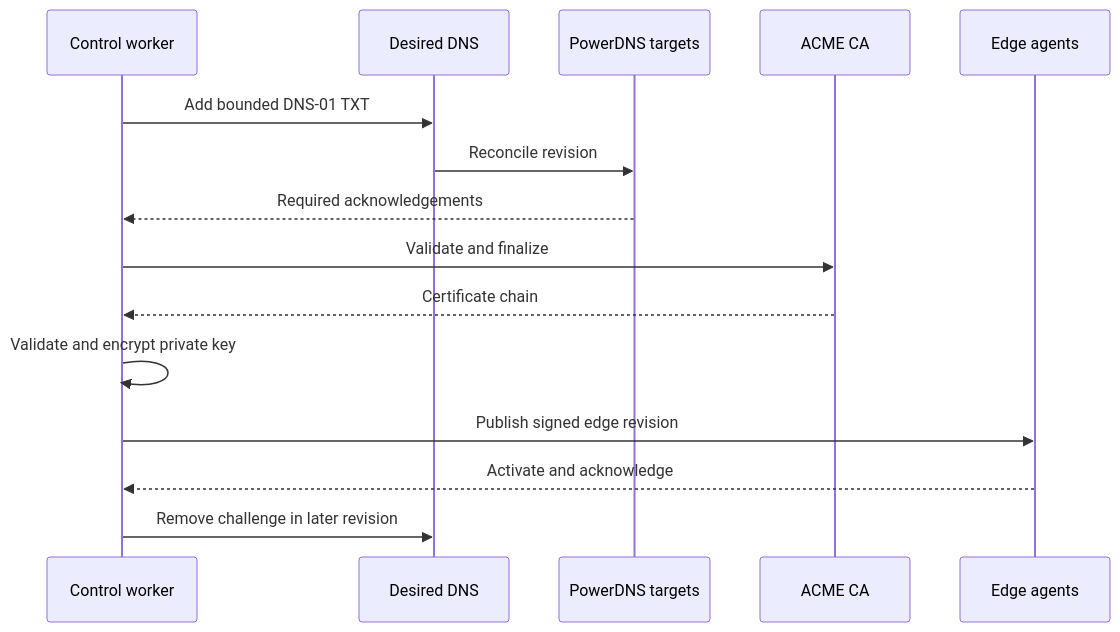
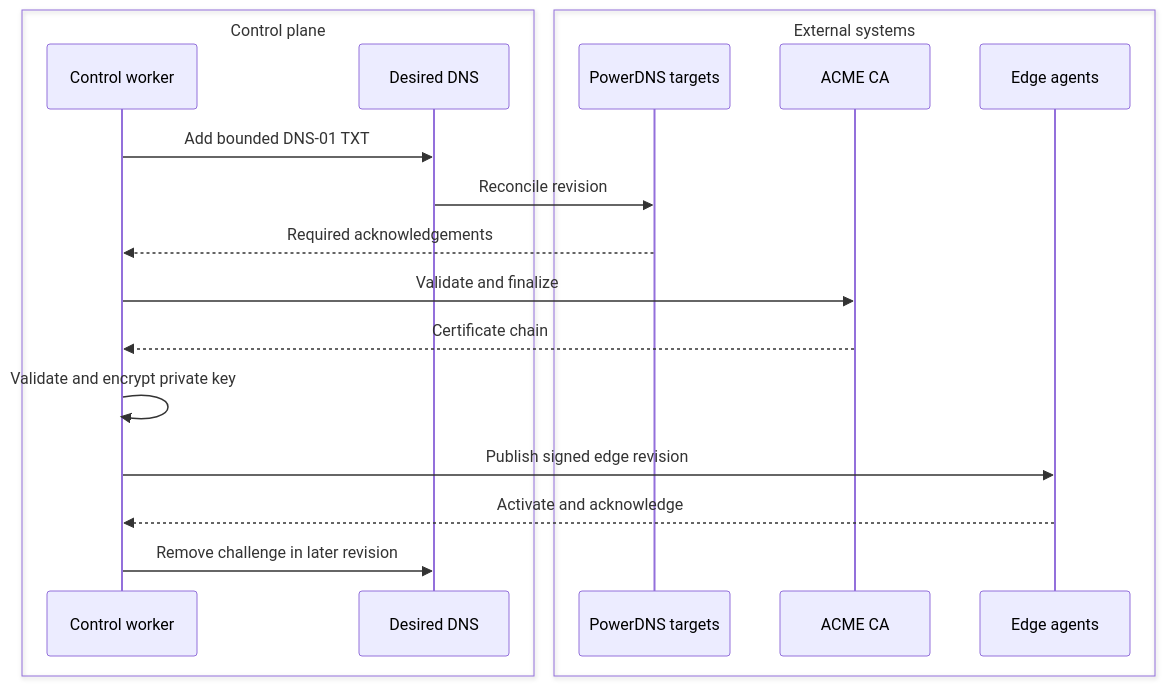
The fourth of 5 diagrams in docs/architecture/data-flows.md (vaheed/CDNFoundry), drawn with Mermaid before and after one commit. The commit also changed other lines of this file and 24 other files, not shown here.

````diff
--- a/docs/architecture/data-flows.md
+++ b/docs/architecture/data-flows.md
@@ -127,17 +137,21 @@
 ```mermaid
 sequenceDiagram
-    participant CP as Control worker
-    participant DNS as Desired DNS
-    participant PDNS as PowerDNS targets
-    participant CA as ACME CA
-    participant Edge as Edge agents
+    box Control plane
+      participant CP as Control worker
+      participant DNS as Desired DNS
+    end
+    box External systems
+      participant PDNS as PowerDNS targets
+      participant CA as ACME CA
+      participant Edge as Edge agents
+    end
     CP->>DNS: Add bounded DNS-01 TXT
     DNS->>PDNS: Reconcile revision
     PDNS-->>CP: Required acknowledgements
     CP->>CA: Validate and finalize
     CA-->>CP: Certificate chain
     CP->>CP: Validate and encrypt private key
     CP->>Edge: Publish signed edge revision
     Edge-->>CP: Activate and acknowledge
     CP->>DNS: Remove challenge in later revision
 ```
````
